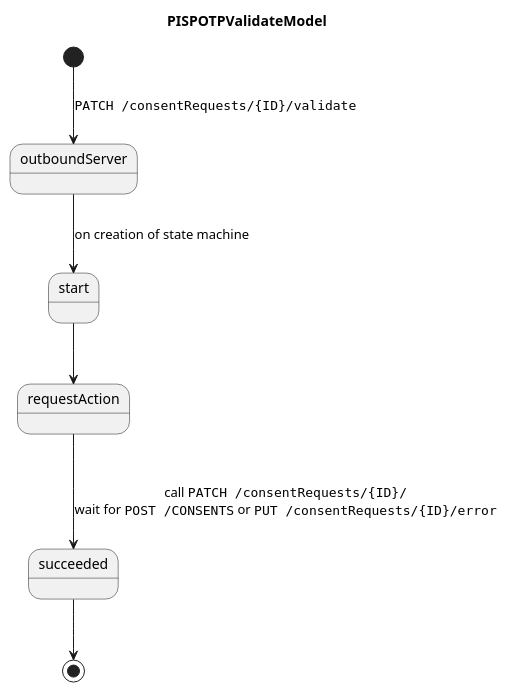
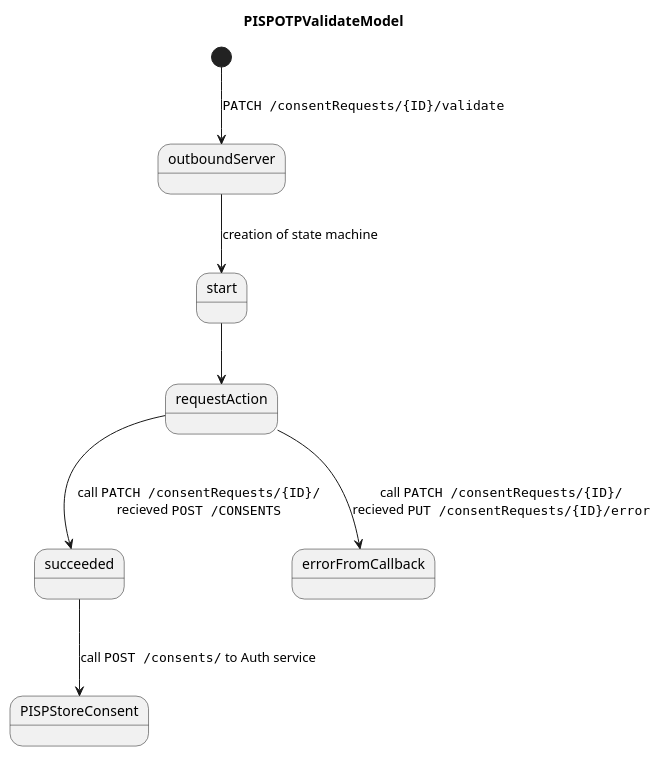
The diagram in docs/sequence/PISPOTPValidateModel.puml (mojaloop/thirdparty-sdk), drawn with PlantUML before and after one commit. The commit also changed 1 other file, not shown here.

```diff
--- a/docs/sequence/PISPOTPValidateModel.puml
+++ b/docs/sequence/PISPOTPValidateModel.puml
@@ -1,12 +1,12 @@
 @startuml PISPOTPValidateModel
 
 title PISPOTPValidateModel
 
 [*] --> outboundServer: ""PATCH /consentRequests/{ID}/validate""
-outboundServer --> start: on creation of state machine
+outboundServer --> start: creation of state machine
 start --> requestAction
-requestAction --> succeeded:\ncall ""PATCH /consentRequests/{ID}/""\nwait for ""POST /CONSENTS"" or ""PUT /consentRequests/{ID}/error""
-
-succeeded --> [*]
+requestAction --> succeeded:\ncall ""PATCH /consentRequests/{ID}/""\nrecieved ""POST /CONSENTS""
+requestAction --> errorFromCallback:\ncall ""PATCH /consentRequests/{ID}/""\nrecieved ""PUT /consentRequests/{ID}/error""
+succeeded --> PISPStoreConsent:\ncall ""POST /consents/"" to Auth service
 
 @enduml
```
